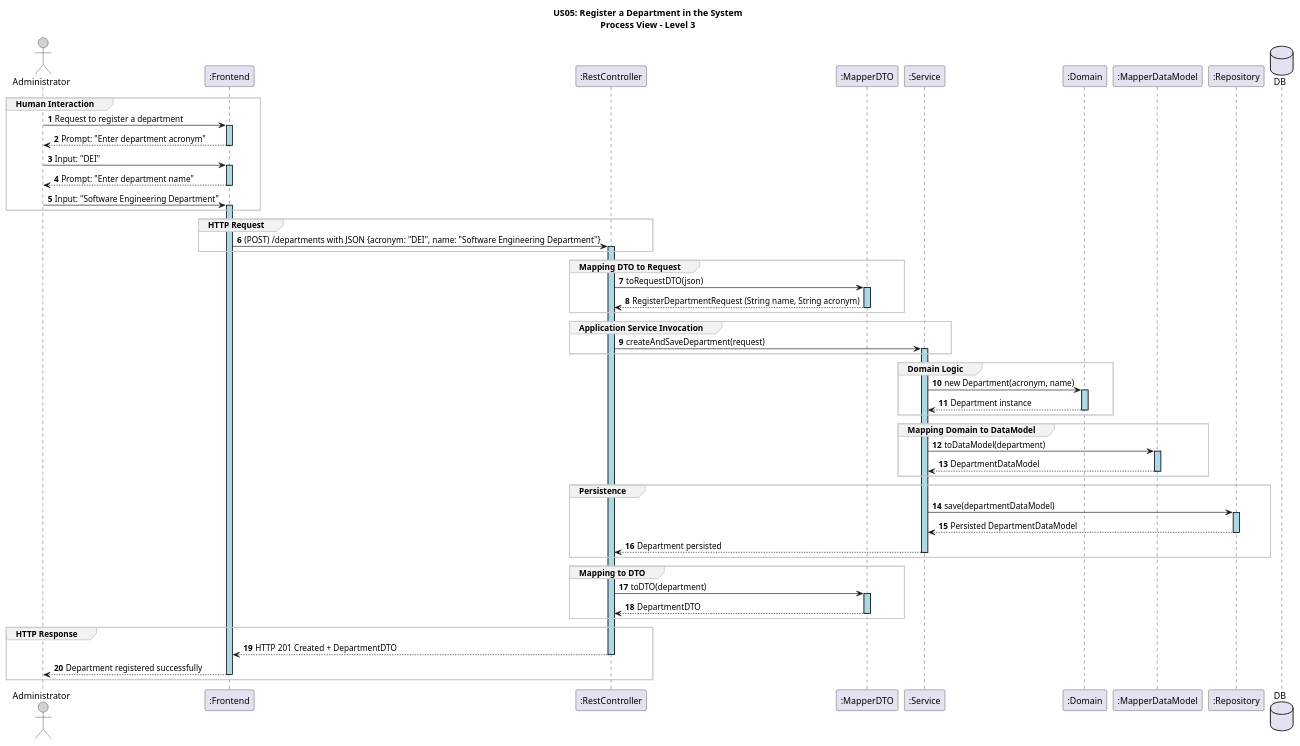
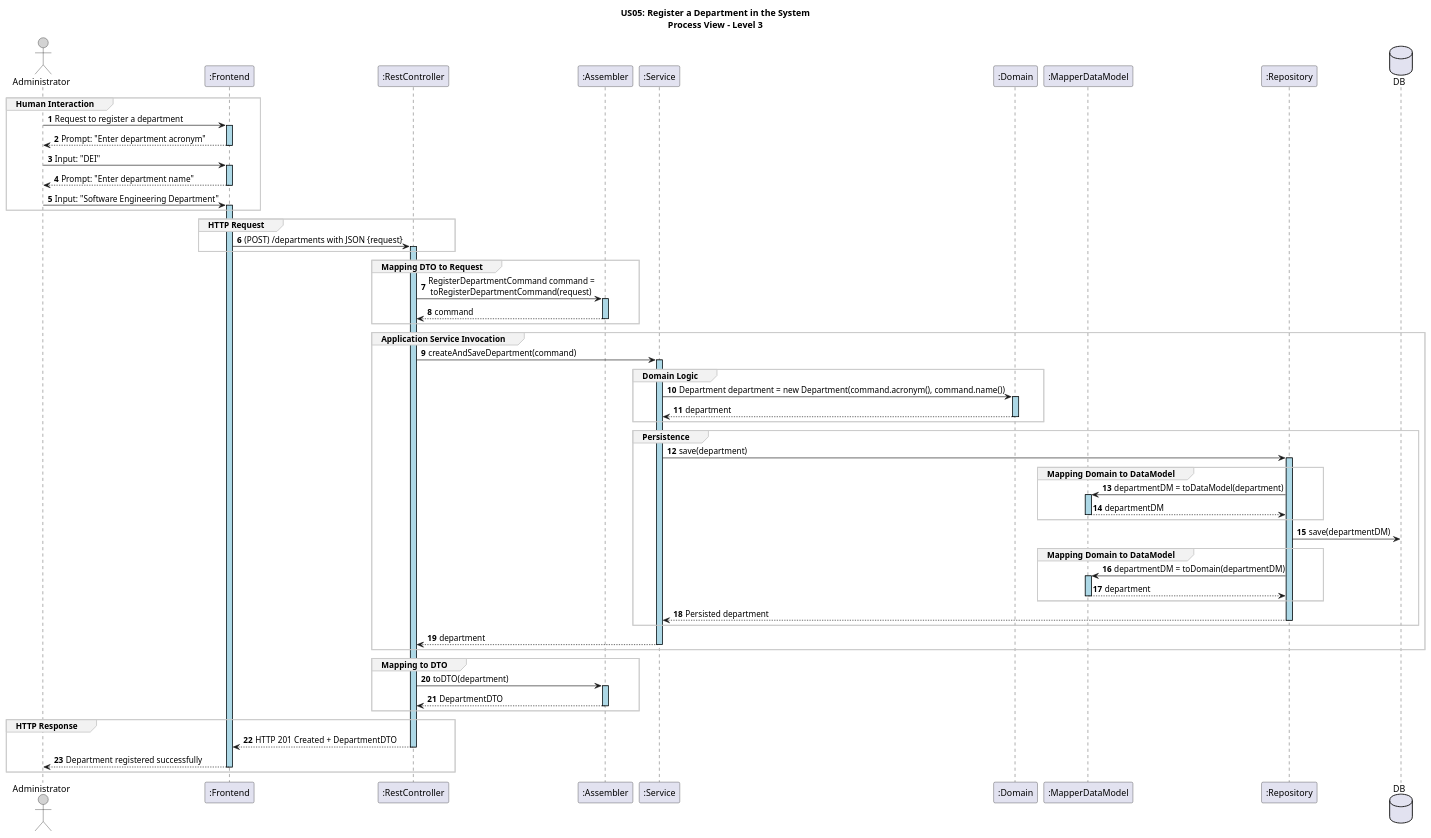
Before and after one commit to GasparISEP/DevOps-PAI: the diagram in docs/US05/sprint6_RestAPI/ProcessView/US05_RestAPI_ProcessView_Level3.puml, drawn with PlantUML. The commit also changed 2 other files, not shown here.

Commit message:
refactor: update DepartmentRegistration documentation (refs #500, refs #575)

```diff
--- a/docs/US05/sprint6_RestAPI/ProcessView/US05_RestAPI_ProcessView_Level3.puml
+++ b/docs/US05/sprint6_RestAPI/ProcessView/US05_RestAPI_ProcessView_Level3.puml
@@ -1,72 +1,77 @@
 @startuml
 autonumber
 
 skinparam sequence {
     LifelineBorderColor black
     LifelineBackgroundColor LightBlue
     ActorBorderColor black
     ActorBackgroundColor LightGray
     GroupBorderColor #cccccc
     GroupBackgroundColor #f2f2f2
 }
 
 title US05: Register a Department in the System\nProcess View – Level 3
 
 actor ADM as "Administrator"
 participant ":Frontend" as FE
 participant ":RestController" as CT
-participant ":MapperDTO" as MP
+participant ":Assembler" as MP
 participant ":Service" as SE
 participant ":Domain" as DM
 participant ":MapperDataModel" as MDM
 participant ":Repository" as RE
 database DB
 
 group Human Interaction
 ADM -> FE ++: Request to register a department
 FE --> ADM --: Prompt: "Enter department acronym"
 ADM -> FE ++: Input: "DEI"
 FE --> ADM --: Prompt: "Enter department name"
 ADM -> FE ++: Input: "Software Engineering Department"
 end group
 
 group HTTP Request
-FE -> CT ++: (POST) /departments with JSON {acronym: "DEI", name: "Software Engineering Department"}
+FE -> CT ++: (POST) /departments with JSON {request}
 end group
 
 group Mapping DTO to Request
-CT -> MP ++: toRequestDTO(json)
-MP --> CT --: RegisterDepartmentRequest (String name, String acronym)
+CT -> MP ++: RegisterDepartmentCommand command =\n toRegisterDepartmentCommand(request)
+MP --> CT --: command
 end group
 
 group Application Service Invocation
-CT -> SE ++: createAndSaveDepartment(request)
-end group
+CT -> SE ++: createAndSaveDepartment(command)
 
 group Domain Logic
-SE -> DM ++: new Department(acronym, name)
-DM --> SE --: Department instance
-end group
-
-group Mapping Domain to DataModel
-SE -> MDM ++: toDataModel(department)
-MDM --> SE --: DepartmentDataModel
+SE -> DM ++: Department department = new Department(command.acronym(), command.name())
+DM --> SE --: department
 end group
 
 group Persistence
-SE -> RE ++: save(departmentDataModel)
-RE --> SE --: Persisted DepartmentDataModel
-SE --> CT --: Department persisted
+SE -> RE ++: save(department)
+group Mapping Domain to DataModel
+RE -> MDM ++: departmentDM = toDataModel(department)
+MDM --> RE --: departmentDM
+end group
+RE -> DB : save(departmentDM)
+group Mapping Domain to DataModel
+RE -> MDM ++: departmentDM = toDomain(departmentDM)
+MDM --> RE --: department
+end group
+RE --> SE --: Persisted department
+end group
+
+SE --> CT --: department
 end group
 
 group Mapping to DTO
 CT -> MP ++: toDTO(department)
 MP --> CT --: DepartmentDTO
 end group
 
 group HTTP Response
 CT --> FE --: HTTP 201 Created + DepartmentDTO
 FE --> ADM --: Department registered successfully
 end group
 
 @enduml
```
